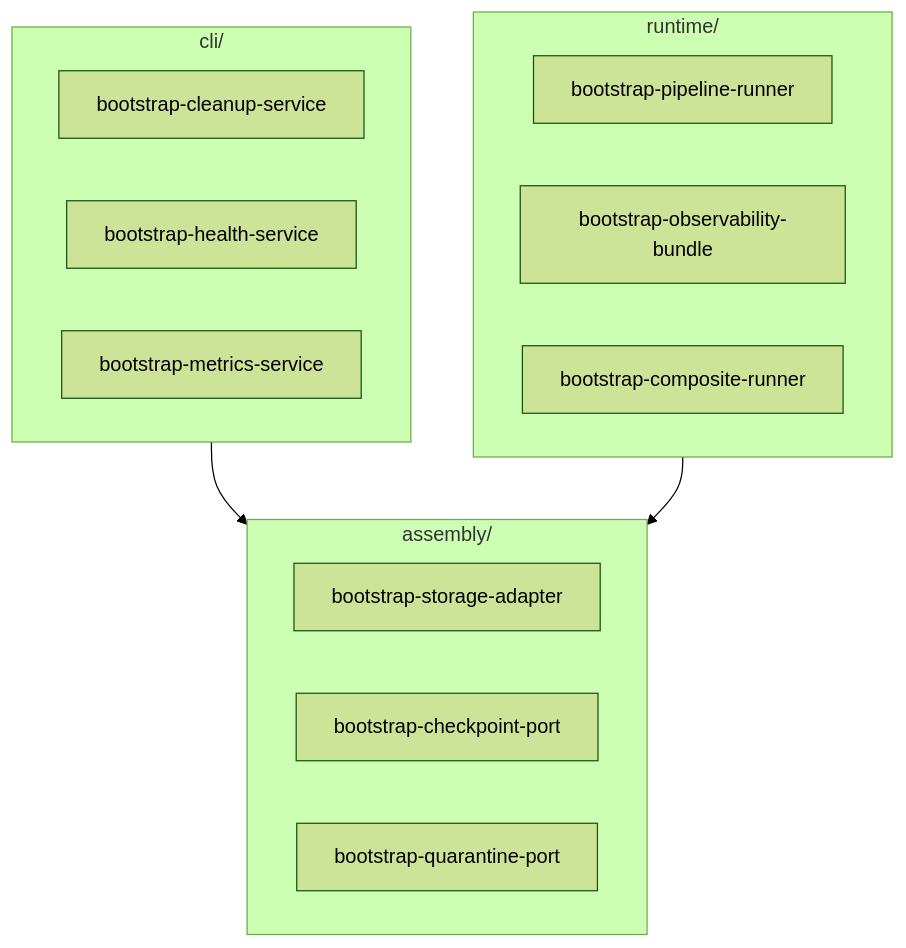
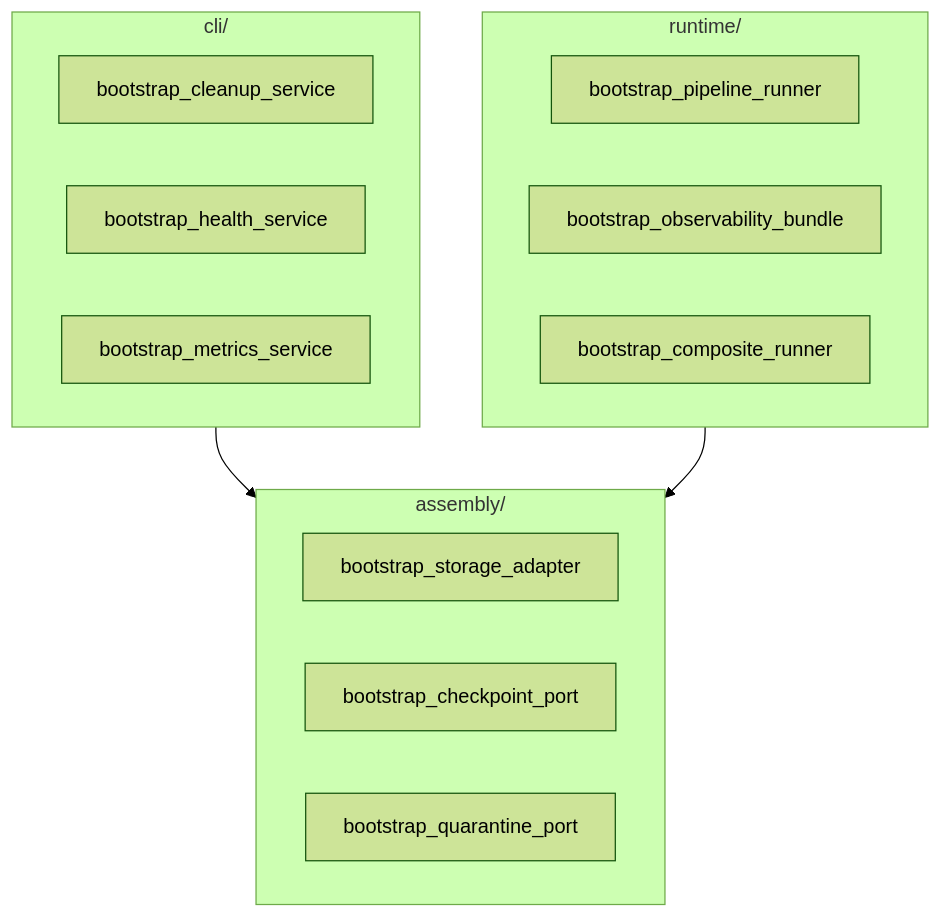
One commit to SatoryKono/BioactivityDataAcquisition changed the first of 2 diagrams in docs/04-reference/api/composition/bootstrap.md. Above: the diagram before and after it, drawn with Mermaid (forest theme). The commit also changed other lines of this file and 34 other files, not shown here.

````diff
--- a/docs/04-reference/api/composition/bootstrap.md
+++ b/docs/04-reference/api/composition/bootstrap.md
@@ -13,23 +13,23 @@
 ```mermaid
 flowchart TB
     subgraph Assembly["assembly/"]
-        StorageAdapter[bootstrap-storage-adapter]
-        CheckpointPort[bootstrap-checkpoint-port]
-        QuarantinePort[bootstrap-quarantine-port]
+        StorageAdapter[bootstrap_storage_adapter]
+        CheckpointPort[bootstrap_checkpoint_port]
+        QuarantinePort[bootstrap_quarantine_port]
     end
 
     subgraph CLI["cli/"]
-        CleanupService[bootstrap-cleanup-service]
-        HealthService[bootstrap-health-service]
-        MetricsService[bootstrap-metrics-service]
+        CleanupService[bootstrap_cleanup_service]
+        HealthService[bootstrap_health_service]
+        MetricsService[bootstrap_metrics_service]
     end
 
     subgraph Runtime["runtime/"]
-        PipelineRunner[bootstrap-pipeline-runner]
-        Observability[bootstrap-observability-bundle]
-        CompositeRunner[bootstrap-composite-runner]
+        PipelineRunner[bootstrap_pipeline_runner]
+        Observability[bootstrap_observability_bundle]
+        CompositeRunner[bootstrap_composite_runner]
     end
 
     CLI --> Assembly
     Runtime --> Assembly
 ```
````
